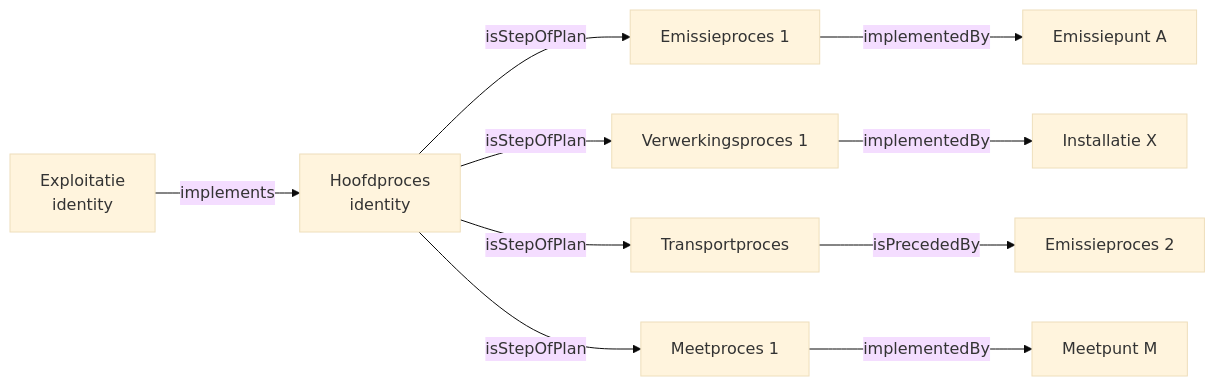
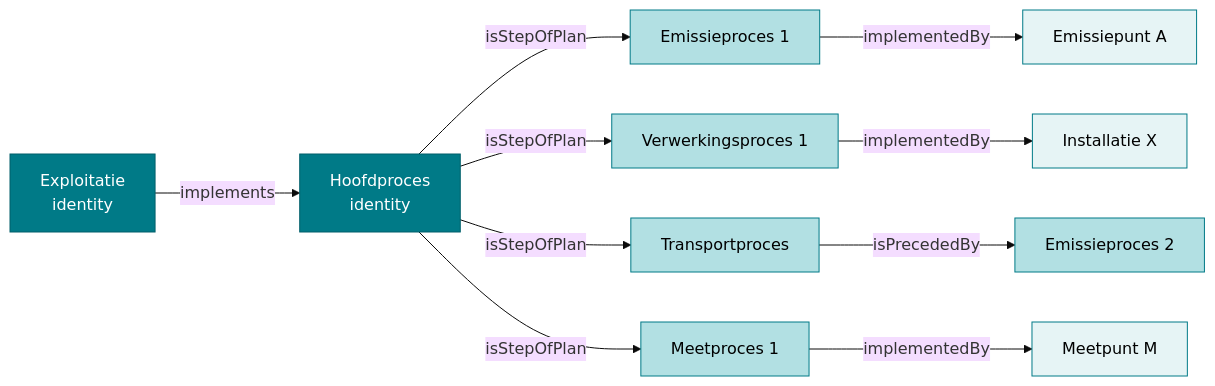
One commit to milieuinfo/RIE-IEPR changed the diagram in documentatie/datamodel/afname/exploitant.md. Above: the diagram before and after it, drawn with Mermaid (base theme). The commit also changed other lines of this file and 69 other files, not shown here.

````diff
--- a/documentatie/datamodel/afname/exploitant.md
+++ b/documentatie/datamodel/afname/exploitant.md
@@ -194,12 +194,23 @@
 ```mermaid
 graph LR
     Exploitatie["Exploitatie<br/>identity"] -->|implements| HoofdProces["Hoofdproces<br/>identity"]
     HoofdProces -->|isStepOfPlan| Emissie1["Emissieproces 1"]
     HoofdProces -->|isStepOfPlan| Verwerking1["Verwerkingsproces 1"]
     HoofdProces -->|isStepOfPlan| Transport["Transportproces"]
     HoofdProces -->|isStepOfPlan| Meet1["Meetproces 1"]
     Emissie1 -->|implementedBy| EmissiepuntA["Emissiepunt A"]
     Verwerking1 -->|implementedBy| InstallatieX["Installatie X"]
     Transport -->|isPrecededBy| Emissie2["Emissieproces 2"]
     Meet1 -->|implementedBy| MeetpuntM["Meetpunt M"]
+    
+    style Exploitatie fill:#007A87,stroke:#005f6a,color:#fff
+    style HoofdProces fill:#007A87,stroke:#005f6a,color:#fff
+    style Emissie1 fill:#b2e0e3,stroke:#007A87,color:#000
+    style Verwerking1 fill:#b2e0e3,stroke:#007A87,color:#000
+    style Transport fill:#b2e0e3,stroke:#007A87,color:#000
+    style Meet1 fill:#b2e0e3,stroke:#007A87,color:#000
+    style EmissiepuntA fill:#e6f4f5,stroke:#007A87,color:#000
+    style InstallatieX fill:#e6f4f5,stroke:#007A87,color:#000
+    style Emissie2 fill:#b2e0e3,stroke:#007A87,color:#000
+    style MeetpuntM fill:#e6f4f5,stroke:#007A87,color:#000
 ```
````
